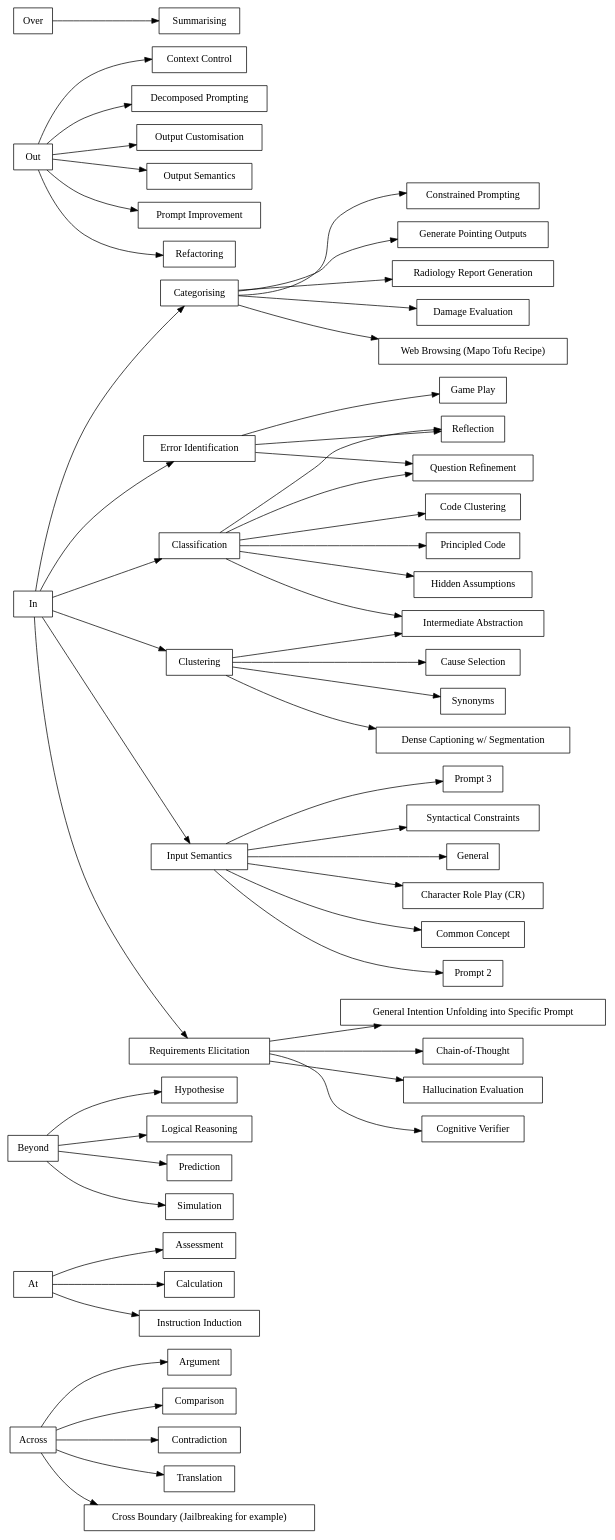
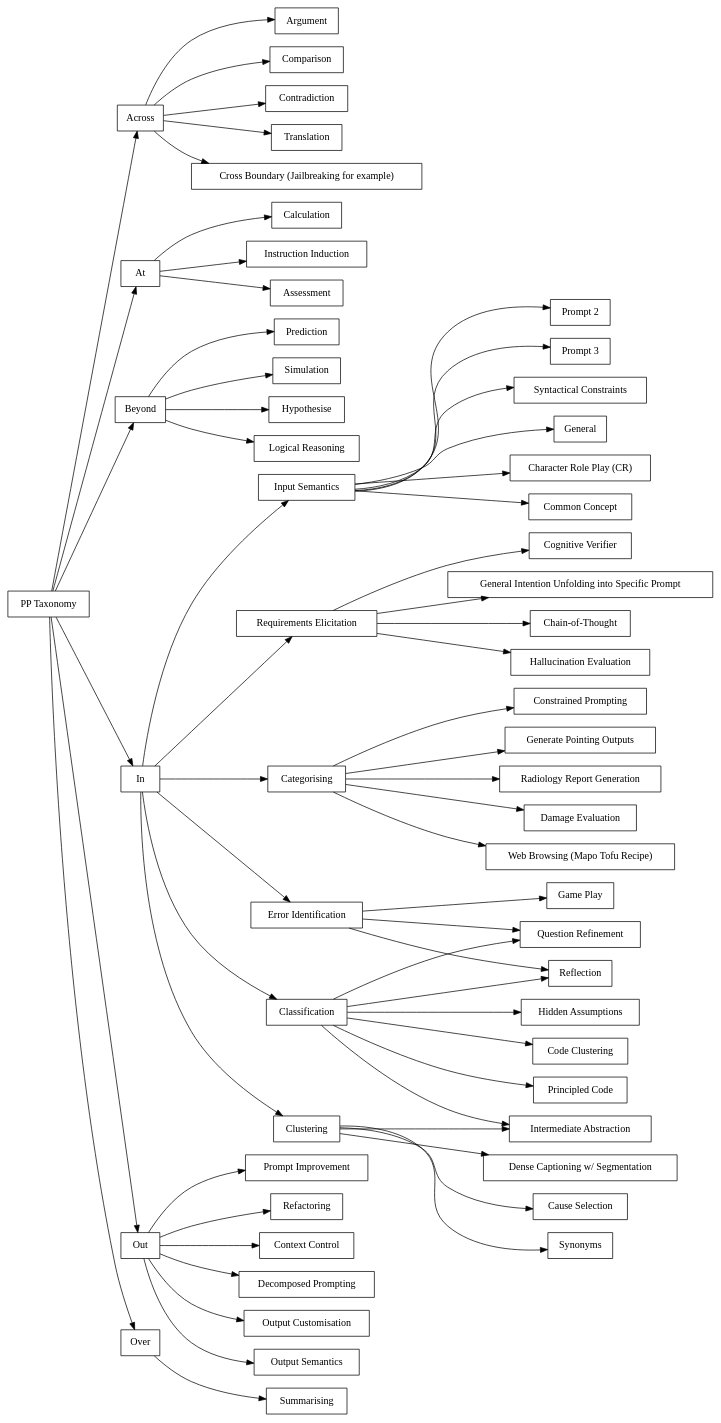
One commit to timhaintz/PromptEngineering changed the diagram in graphvizFiles/categorisation.dot. Above: the diagram before and after it, drawn with Graphviz. The commit also changed 1 other file, not shown here.

```diff
--- a/graphvizFiles/categorisation.dot
+++ b/graphvizFiles/categorisation.dot
@@ -1,57 +1,63 @@
 digraph G {
     rankdir="LR";
     node [shape=box];
+    "PP Taxonomy" -> "Across";
+    "PP Taxonomy" -> "At";
+    "PP Taxonomy" -> "Beyond";
+    "PP Taxonomy" -> "In";
+    "PP Taxonomy" -> "Out";
+    "PP Taxonomy" -> "Over";
     "Across" -> "Argument";
     "Across" -> "Comparison";
     "Across" -> "Contradiction";
     "Across" -> "Translation";
     "Across" -> "Cross Boundary (Jailbreaking for example)";
     "At" -> "Assessment";
     "At" -> "Calculation";
     "At" -> "Instruction Induction";
     "Beyond" -> "Hypothesise";
     "Beyond" -> "Logical Reasoning";
     "Beyond" -> "Prediction";
     "Beyond" -> "Simulation";
     "In" -> "Categorising";
     "Categorising" -> "Constrained Prompting";
     "Categorising" -> "Generate Pointing Outputs";
     "Categorising" -> "Radiology Report Generation";
     "Categorising" -> "Damage Evaluation";
     "Categorising" -> "Web Browsing (Mapo Tofu Recipe)";
     "In" -> "Classification";
     "Classification" -> "Question Refinement";
     "Classification" -> "Code Clustering";
     "Classification" -> "Intermediate Abstraction";
     "Classification" -> "Principled Code";
     "Classification" -> "Hidden Assumptions";
     "Classification" -> "Reflection";
     "In" -> "Clustering";
     "Clustering" -> "Cause Selection";
     "Clustering" -> "Synonyms";
     "Clustering" -> "Intermediate Abstraction";
     "Clustering" -> "Dense Captioning w/ Segmentation";
     "In" -> "Error Identification";
     "Error Identification" -> "Question Refinement";
     "Error Identification" -> "Reflection";
     "Error Identification" -> "Game Play";
     "In" -> "Input Semantics";
     "Input Semantics" -> "Character Role Play (CR)";
     "Input Semantics" -> "Common Concept";
     "Input Semantics" -> "Prompt 2";
     "Input Semantics" -> "Prompt 3";
     "Input Semantics" -> "Syntactical Constraints";
     "Input Semantics" -> "General";
     "In" -> "Requirements Elicitation";
     "Requirements Elicitation" -> "Cognitive Verifier";
     "Requirements Elicitation" -> "General Intention Unfolding into Specific Prompt";
     "Requirements Elicitation" -> "Chain-of-Thought";
     "Requirements Elicitation" -> "Hallucination Evaluation";
     "Out" -> "Context Control";
     "Out" -> "Decomposed Prompting";
     "Out" -> "Output Customisation";
     "Out" -> "Output Semantics";
     "Out" -> "Prompt Improvement";
     "Out" -> "Refactoring";
     "Over" -> "Summarising";
 }
```
